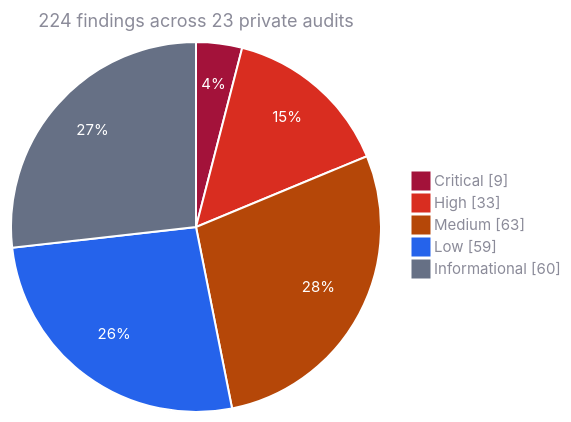
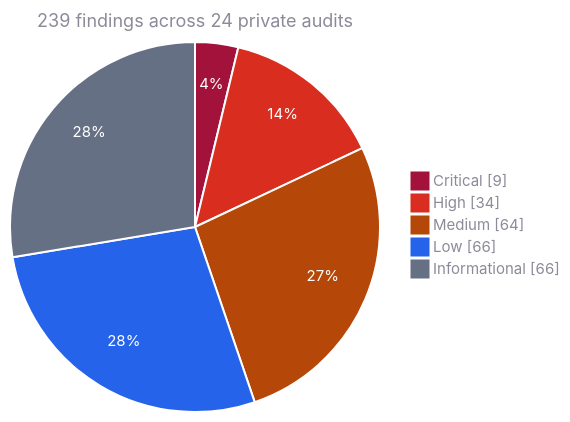
One commit to Kann-Audits/Kann-Audits changed the first of 2 diagrams in README.md. Above: the diagram before and after it, drawn with Mermaid. The commit also changed other lines of this file and 2 other files, not shown here.

````diff
--- a/README.md
+++ b/README.md
@@ -85,10 +86,10 @@
 ```mermaid
 %%{init: {"theme": "base", "themeVariables": {"pie1": "#a3123a", "pie2": "#d92d20", "pie3": "#b54708", "pie4": "#2563eb", "pie5": "#667085", "pieStrokeColor": "#ffffff", "pieStrokeWidth": "2px", "pieOuterStrokeWidth": "0px", "pieOpacity": "1", "pieSectionTextColor": "#ffffff", "pieSectionTextSize": "15px", "pieTitleTextColor": "#8b8b99", "pieTitleTextSize": "18px", "pieLegendTextColor": "#8b8b99", "pieLegendTextSize": "15px"}}}%%
 pie showData
-    title 224 findings across 23 private audits
+    title 239 findings across 24 private audits
     "Critical" : 9
-    "High" : 33
-    "Medium" : 63
-    "Low" : 59
-    "Informational" : 60
+    "High" : 34
+    "Medium" : 64
+    "Low" : 66
+    "Informational" : 66
 ```
````
